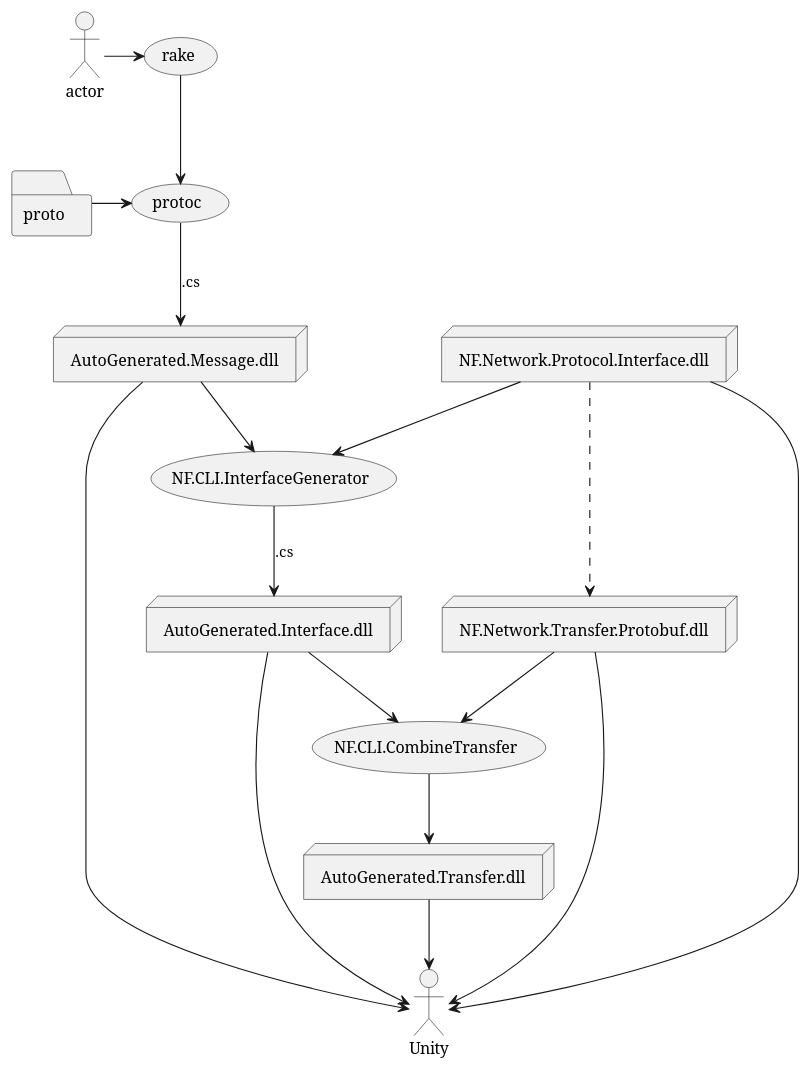
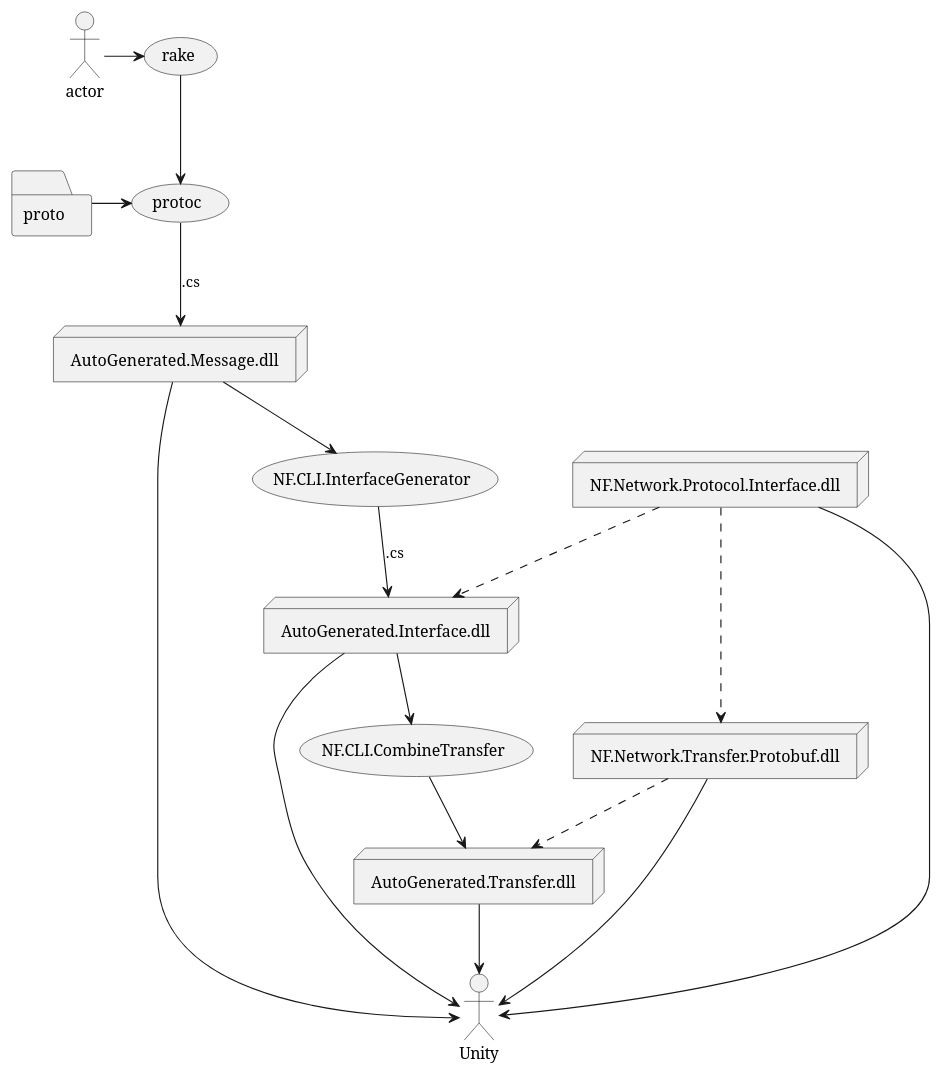
One commit to netpyoung/nf.protocol-flow changed the diagram in flow.puml. Above: the diagram before and after it, drawn with PlantUML. The commit also changed 18 other files, not shown here.

```diff
--- a/flow.puml
+++ b/flow.puml
@@ -1,31 +1,32 @@
 @startuml
 folder proto
 node AutoGenerated.Message.dll
 node AutoGenerated.Interface.dll
 node AutoGenerated.Transfer.dll
 node NF.Network.Transfer.Protobuf.dll
 node NF.Network.Protocol.Interface.dll
 
 actor -> (rake)
 
 
 (rake) --> (protoc)
 (proto) -> (protoc)
 (protoc) --> (AutoGenerated.Message.dll) : .cs
 (AutoGenerated.Message.dll) --> (NF.CLI.InterfaceGenerator)
-(NF.Network.Protocol.Interface.dll) --> (NF.CLI.InterfaceGenerator)
 (NF.CLI.InterfaceGenerator) --> (AutoGenerated.Interface.dll) : .cs
 (AutoGenerated.Interface.dll) --> (NF.CLI.CombineTransfer)
-(NF.Network.Protocol.Interface.dll) ..> (NF.Network.Transfer.Protobuf.dll)
-(NF.Network.Transfer.Protobuf.dll) --> (NF.CLI.CombineTransfer)
 (NF.CLI.CombineTransfer) --> (AutoGenerated.Transfer.dll)
 
+
+(NF.Network.Protocol.Interface.dll) ..> (AutoGenerated.Interface.dll)
+(NF.Network.Protocol.Interface.dll) ..> (NF.Network.Transfer.Protobuf.dll)
+(NF.Network.Transfer.Protobuf.dll) ..> (AutoGenerated.Transfer.dll)
 
 
 (NF.Network.Protocol.Interface.dll) --> Unity
 (NF.Network.Transfer.Protobuf.dll) --> Unity
 (AutoGenerated.Message.dll) --> Unity
 (AutoGenerated.Transfer.dll) --> Unity
 (AutoGenerated.Interface.dll) --> Unity
 
 @enduml
```
